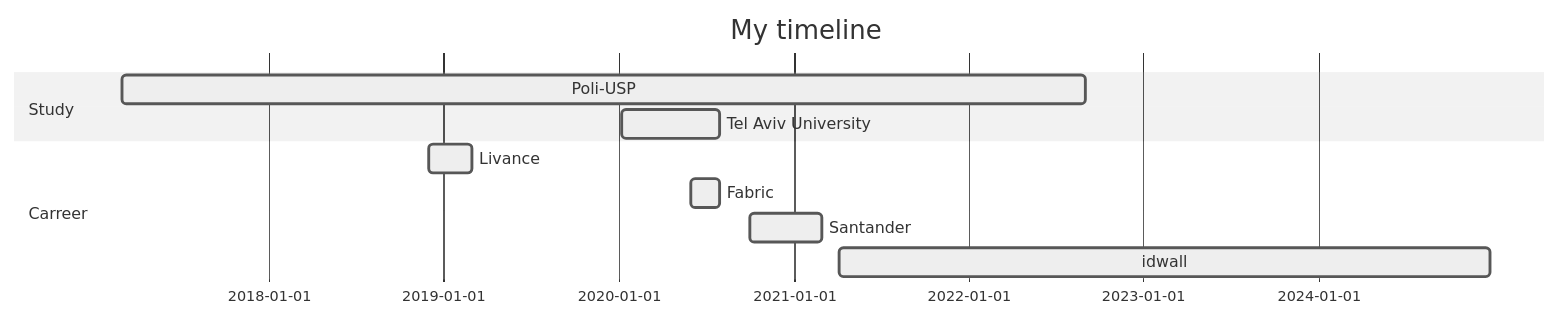
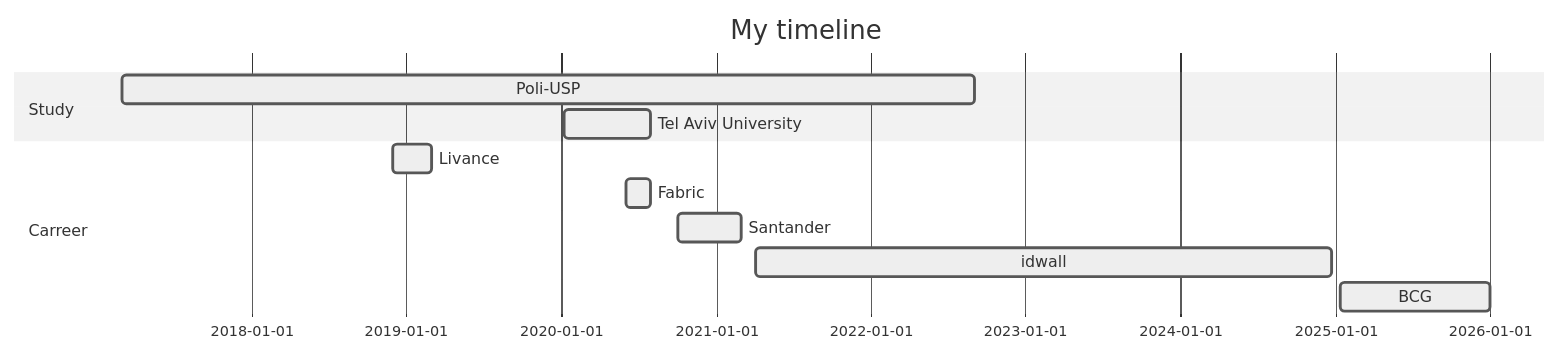
Before and after one commit to guerchen/guerchen: the diagram in README.md, drawn with Mermaid (neutral theme). The commit also changed other lines of this file, not shown here.

````diff
--- a/README.md
+++ b/README.md
@@ -6,16 +5,17 @@
 ```mermaid
 
 gantt
 dateFormat YYYY-MM-DD
 title My timeline
 
 section Study
 Poli-USP                 :active,, 2017-03-01,2022-09-01
 Tel Aviv University      :active,, 2020-01-08,2020-07-31
 
 section Carreer
 Livance                  :active,, 2018-12-01,2019-02-28
 Fabric                   :active,, 2020-06-01,2020-07-31
 Santander                :active,, 2020-10-01,2021-03-01
 idwall                   :active,, 2021-04-05,2024-12-24
+BCG                      :active,, 2025-01-13,2026-01-01
 ```
````
